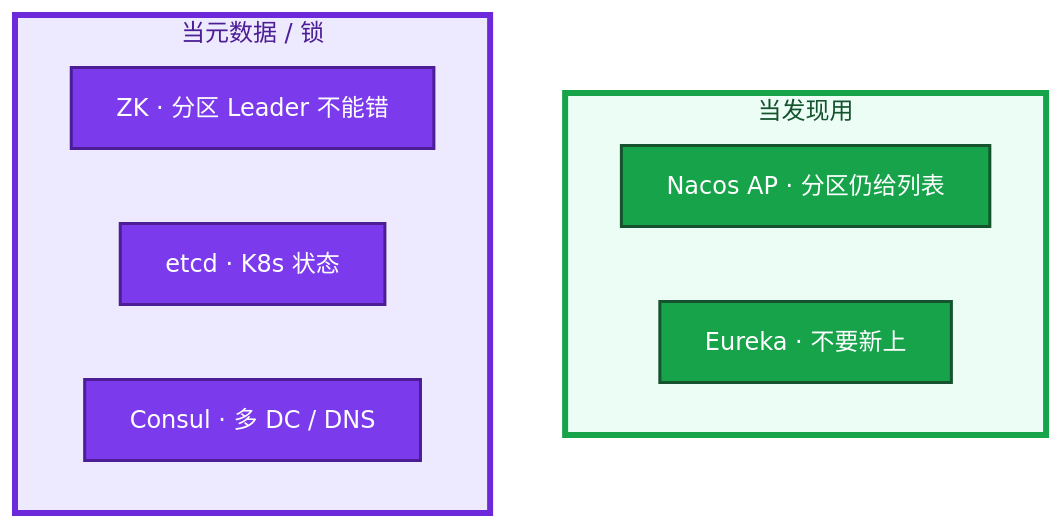
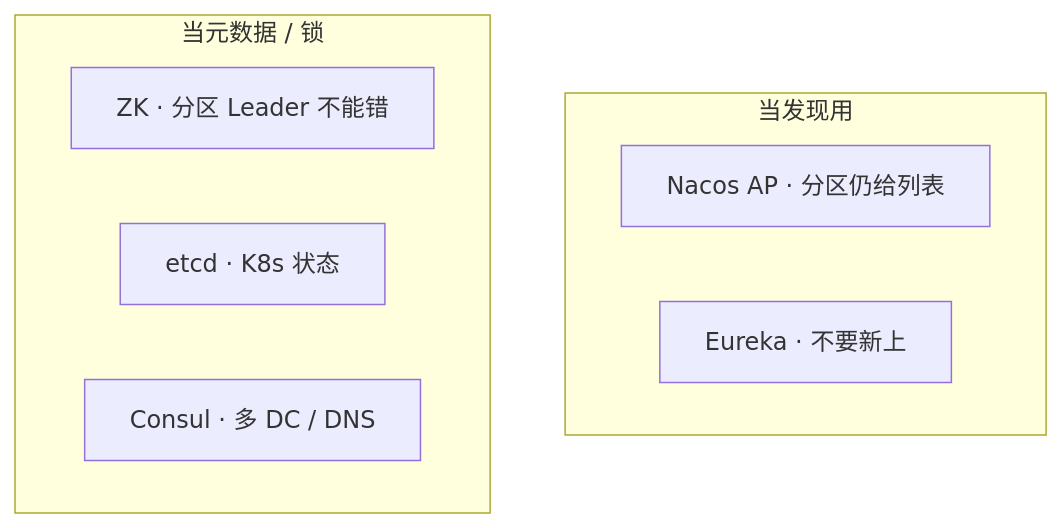
The fifth of 8 diagrams in 02-中间件与数据库/08-注册中心与配置中心/知识点.md (ml-cuizijun/LearnToLilith), drawn with Mermaid before and after one commit. The commit also changed other lines of this file and 470 other files, not shown here.

````diff
--- a/02-中间件与数据库/08-注册中心与配置中心/知识点.md
+++ b/02-中间件与数据库/08-注册中心与配置中心/知识点.md
@@ -303,20 +287,16 @@
 ```mermaid
 flowchart TB
     subgraph disc ["当发现用"]
         n[Nacos AP · 分区仍给列表]
         e[Eureka · 不要新上]
     end
     subgraph meta ["当元数据 / 锁"]
         z[ZK · 分区 Leader 不能错]
         t[etcd · K8s 状态]
         c[Consul · 多 DC / DNS]
     end
 
-    classDef a fill:#16A34A,stroke:#14532D,stroke-width:2px,color:#fff
-    classDef b fill:#7C3AED,stroke:#4C1D95,stroke-width:2px,color:#fff
     class n,e a
     class z,t,c b
 
-    style disc fill:#ECFDF5,stroke:#16A34A,stroke-width:4px,color:#14532D
-    style meta fill:#EDE9FE,stroke:#6D28D9,stroke-width:4px,color:#4C1D95
 ```
````
